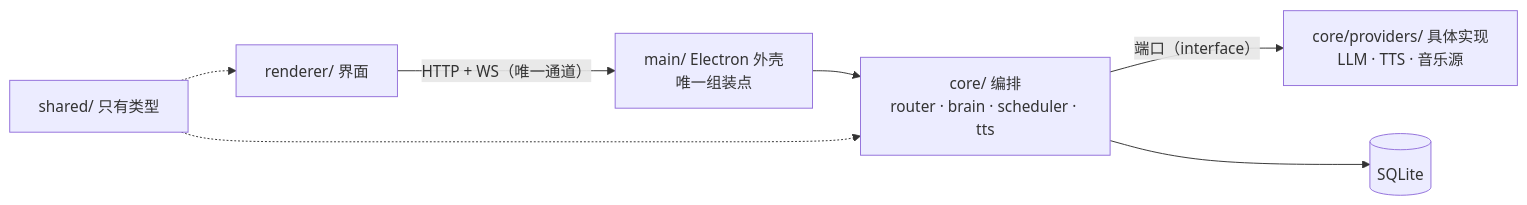
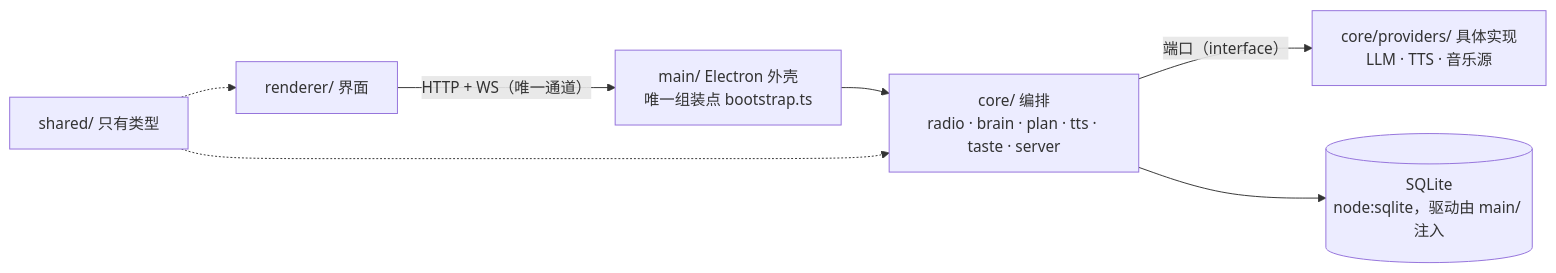
The diagram in README.md (xshouter/ai-music-radio), drawn with Mermaid before and after one commit. The commit also changed other lines of this file and 3 other files, not shown here.

````diff
--- a/README.md
+++ b/README.md
@@ -40,9 +79,9 @@
 ```mermaid
 flowchart LR
-  R["renderer/ 界面"] -- "HTTP + WS（唯一通道）" --> M["main/ Electron 外壳<br/>唯一组装点"]
-  M --> C["core/ 编排<br/>router · brain · scheduler · tts"]
+  R["renderer/ 界面"] -- "HTTP + WS（唯一通道）" --> M["main/ Electron 外壳<br/>唯一组装点 bootstrap.ts"]
+  M --> C["core/ 编排<br/>radio · brain · plan · tts · taste · server"]
   C -- "端口（interface）" --> P["core/providers/ 具体实现<br/>LLM · TTS · 音乐源"]
-  C --> S[("SQLite")]
+  C --> S[("SQLite<br/>node:sqlite，驱动由 main/ 注入")]
   SH["shared/ 只有类型"] -.-> R
   SH -.-> C
 ```
````
